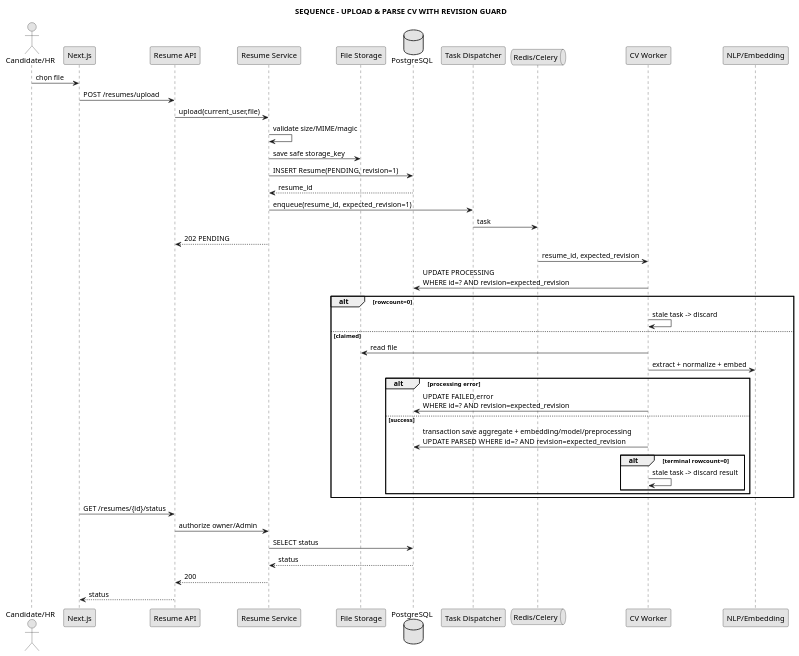
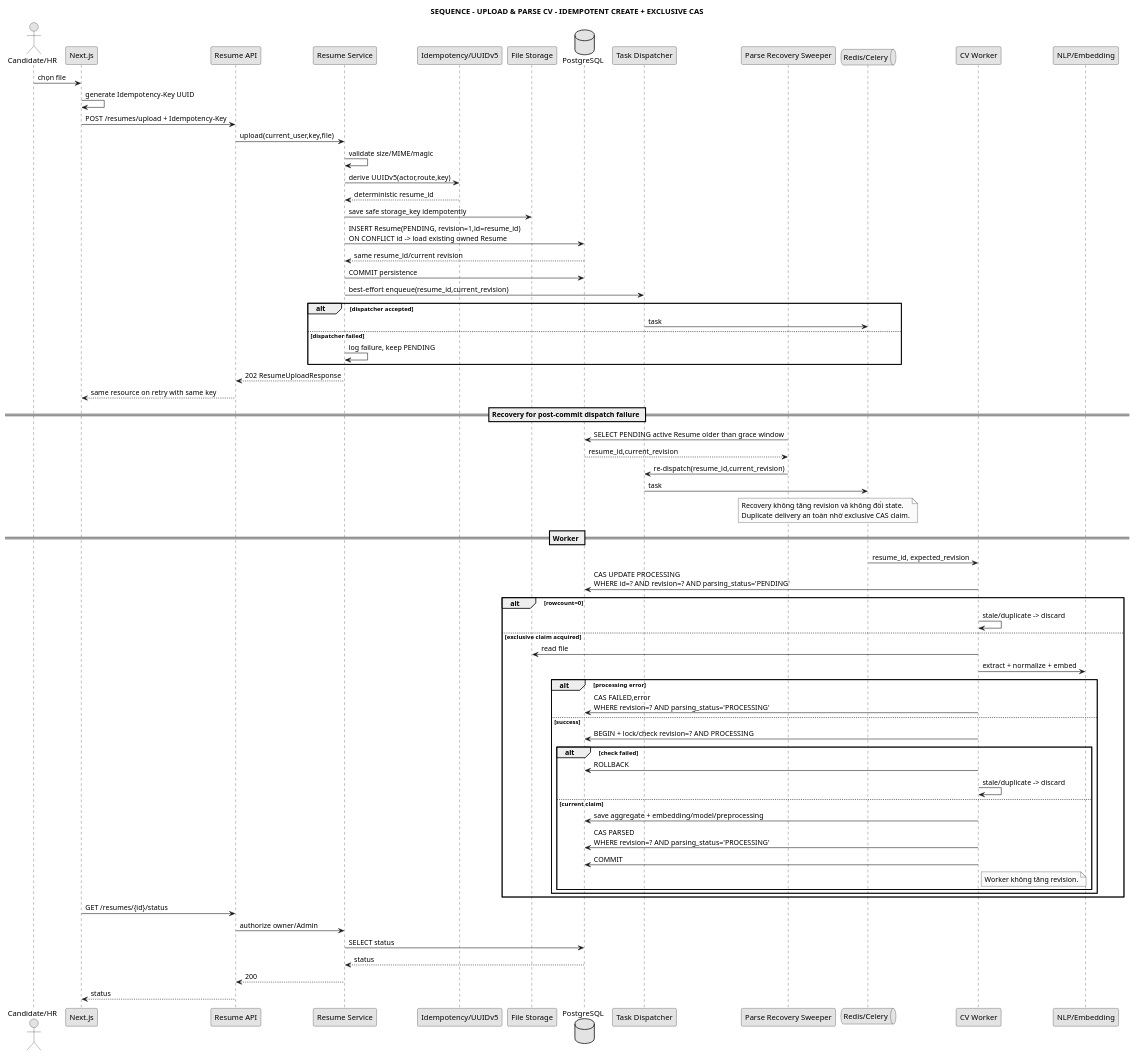
The diagram in docs/04_sequence/seq_upload_parse_cv.puml (anh632k-ui/WebCVUngVienTuyenDung), drawn with PlantUML before and after one commit.

Commit message:
docs(sequence): add CV idempotent create exclusive CAS and recovery

```diff
--- a/docs/04_sequence/seq_upload_parse_cv.puml
+++ b/docs/04_sequence/seq_upload_parse_cv.puml
@@ -1,51 +1,81 @@
 @startuml
 skinparam monochrome true
 skinparam shadowing false
-title SEQUENCE - UPLOAD & PARSE CV WITH REVISION GUARD
+title SEQUENCE - UPLOAD & PARSE CV - IDEMPOTENT CREATE + EXCLUSIVE CAS
 
 actor "Candidate/HR" as User
 participant "Next.js" as FE
 participant "Resume API" as API
 participant "Resume Service" as Service
+participant "Idempotency/UUIDv5" as Idem
 participant "File Storage" as Storage
 database "PostgreSQL" as DB
 participant "Task Dispatcher" as Dispatcher
+participant "Parse Recovery Sweeper" as Recovery
 queue "Redis/Celery" as Queue
 participant "CV Worker" as Worker
 participant "NLP/Embedding" as NLP
 
 User -> FE : chọn file
-FE -> API : POST /resumes/upload
-API -> Service : upload(current_user,file)
+FE -> FE : generate Idempotency-Key UUID
+FE -> API : POST /resumes/upload + Idempotency-Key
+API -> Service : upload(current_user,key,file)
 Service -> Service : validate size/MIME/magic
-Service -> Storage : save safe storage_key
-Service -> DB : INSERT Resume(PENDING, revision=1)
-DB --> Service : resume_id
-Service -> Dispatcher : enqueue(resume_id, expected_revision=1)
+Service -> Idem : derive UUIDv5(actor,route,key)
+Idem --> Service : deterministic resume_id
+Service -> Storage : save safe storage_key idempotently
+Service -> DB : INSERT Resume(PENDING, revision=1,id=resume_id)\nON CONFLICT id -> load existing owned Resume
+DB --> Service : same resume_id/current revision
+Service -> DB : COMMIT persistence
+Service -> Dispatcher : best-effort enqueue(resume_id,current_revision)
+alt dispatcher accepted
+  Dispatcher -> Queue : task
+else dispatcher failed
+  Service -> Service : log failure, keep PENDING
+end
+Service --> API : 202 ResumeUploadResponse
+API --> FE : same resource on retry with same key
+
+== Recovery for post-commit dispatch failure ==
+Recovery -> DB : SELECT PENDING active Resume older than grace window
+DB --> Recovery : resume_id,current_revision
+Recovery -> Dispatcher : re-dispatch(resume_id,current_revision)
 Dispatcher -> Queue : task
-Service --> API : 202 PENDING
+note over Recovery,Queue
+Recovery không tăng revision và không đổi state.
+Duplicate delivery an toàn nhờ exclusive CAS claim.
+end note
 
+== Worker ==
 Queue -> Worker : resume_id, expected_revision
-Worker -> DB : UPDATE PROCESSING\nWHERE id=? AND revision=expected_revision
+Worker -> DB : CAS UPDATE PROCESSING\nWHERE id=? AND revision=? AND parsing_status='PENDING'
 alt rowcount=0
-  Worker -> Worker : stale task -> discard
-else claimed
+  Worker -> Worker : stale/duplicate -> discard
+else exclusive claim acquired
   Worker -> Storage : read file
   Worker -> NLP : extract + normalize + embed
   alt processing error
-    Worker -> DB : UPDATE FAILED,error\nWHERE id=? AND revision=expected_revision
+    Worker -> DB : CAS FAILED,error\nWHERE revision=? AND parsing_status='PROCESSING'
   else success
-    Worker -> DB : transaction save aggregate + embedding/model/preprocessing\nUPDATE PARSED WHERE id=? AND revision=expected_revision
-    alt terminal rowcount=0
-      Worker -> Worker : stale task -> discard result
+    Worker -> DB : BEGIN + lock/check revision=? AND PROCESSING
+    alt check failed
+      Worker -> DB : ROLLBACK
+      Worker -> Worker : stale/duplicate -> discard
+    else current claim
+      Worker -> DB : save aggregate + embedding/model/preprocessing
+      Worker -> DB : CAS PARSED\nWHERE revision=? AND parsing_status='PROCESSING'
+      Worker -> DB : COMMIT
+      note right of Worker
+      Worker không tăng revision.
+      end note
     end
   end
 end
 
 FE -> API : GET /resumes/{id}/status
 API -> Service : authorize owner/Admin
 Service -> DB : SELECT status
 DB --> Service : status
 Service --> API : 200
 API --> FE : status
 @enduml
```
